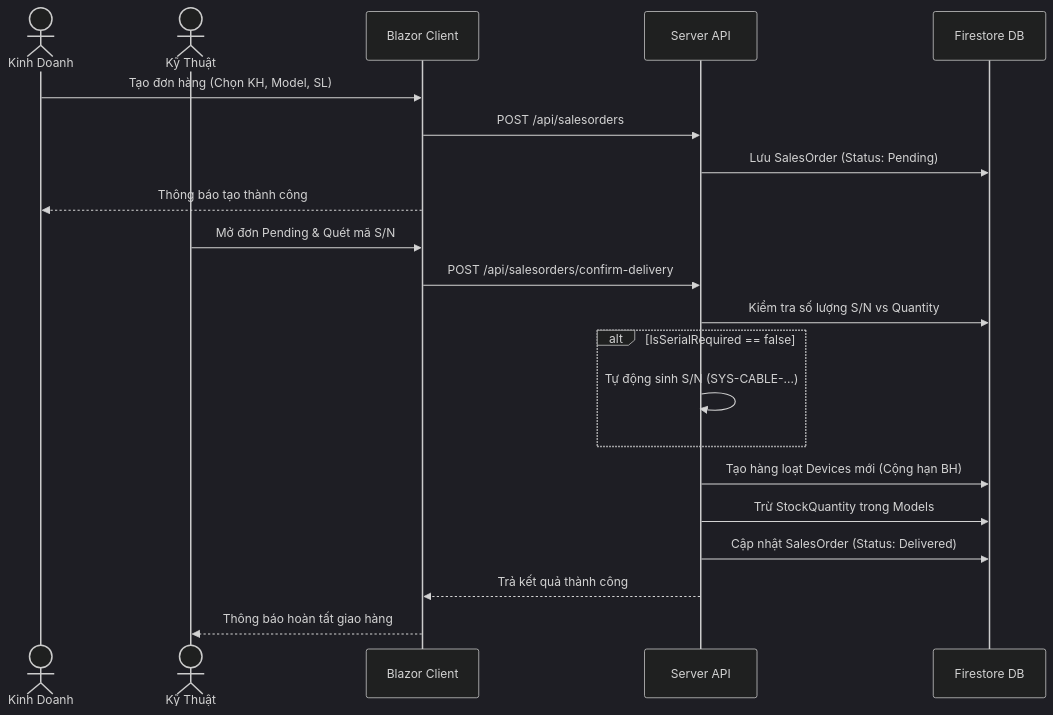
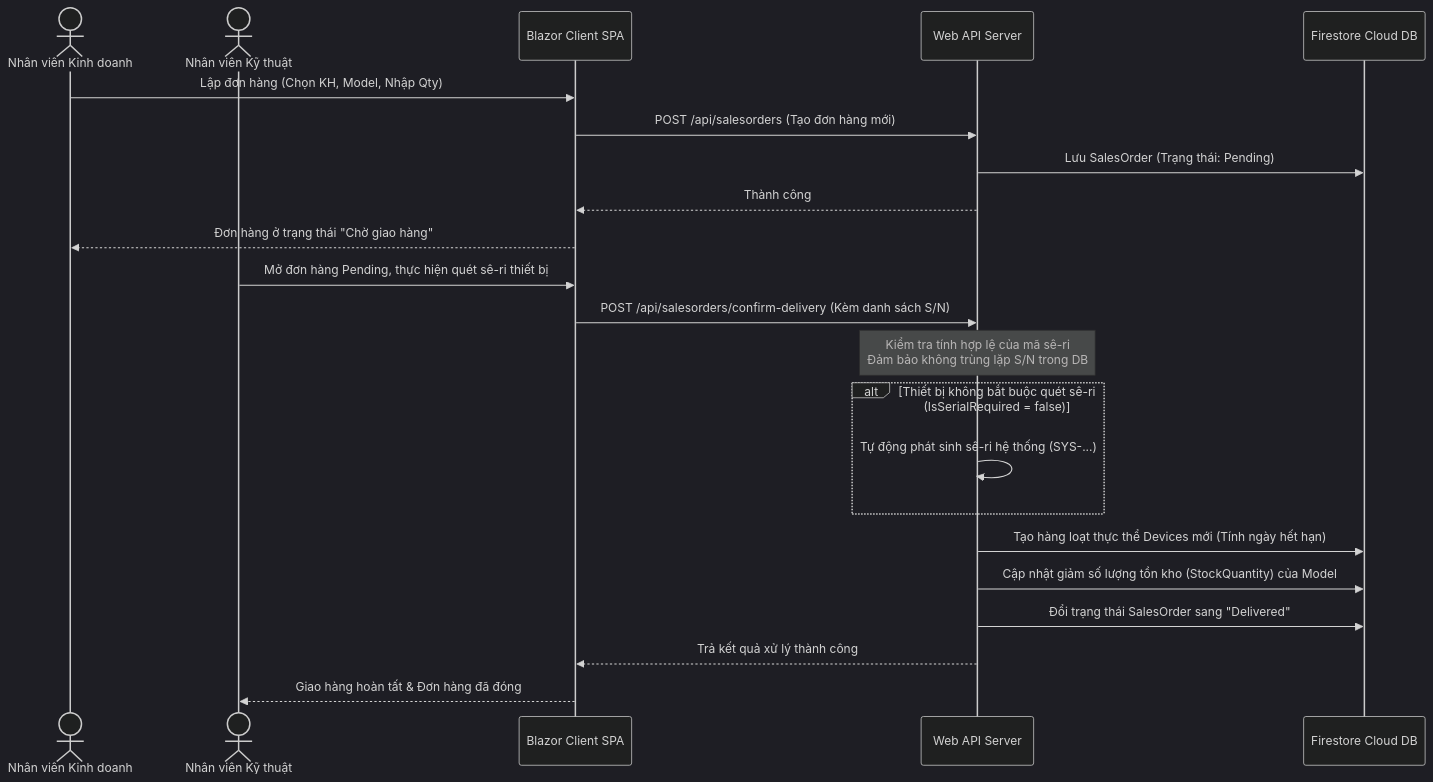
Before and after one commit to NhatTanEDU/SongLinhRMA.System: the second of 2 diagrams in README.md, drawn with Mermaid (dark theme). The commit also changed other lines of this file, not shown here.

````diff
--- a/README.md
+++ b/README.md
@@ -270,25 +179,26 @@
 ```mermaid
 sequenceDiagram
-    actor Sales as Kinh Doanh
-    actor Tech as Kỹ Thuật
-    participant UI as Blazor Client
-    participant API as Server API
-    participant DB as Firestore DB
+    actor Sales as Nhân viên Kinh doanh
+    actor Tech as Nhân viên Kỹ thuật
+    participant UI as Blazor Client SPA
+    participant API as Web API Server
+    participant DB as Firestore Cloud DB
 
-    Sales->>UI: Tạo đơn hàng (Chọn KH, Model, SL)
-    UI->>API: POST /api/salesorders
-    API->>DB: Lưu SalesOrder (Status: Pending)
-    UI-->>Sales: Thông báo tạo thành công
+    Sales->>UI: Lập đơn hàng (Chọn KH, Model, Nhập Qty)
+    UI->>API: POST /api/salesorders (Tạo đơn hàng mới)
+    API->>DB: Lưu SalesOrder (Trạng thái: Pending)
+    API-->>UI: Thành công
+    UI-->>Sales: Đơn hàng ở trạng thái "Chờ giao hàng"
 
-    Tech->>UI: Mở đơn Pending & Quét mã S/N
-    UI->>API: POST /api/salesorders/confirm-delivery
-    API->>DB: Kiểm tra số lượng S/N vs Quantity
-    alt IsSerialRequired == false
-        API->>API: Tự động sinh S/N (SYS-CABLE-...)
+    Tech->>UI: Mở đơn hàng Pending, thực hiện quét sê-ri thiết bị
+    UI->>API: POST /api/salesorders/confirm-delivery (Kèm danh sách S/N)
+    Note over API: Kiểm tra tính hợp lệ của mã sê-ri<br/>Đảm bảo không trùng lặp S/N trong DB
+    alt Thiết bị không bắt buộc quét sê-ri (IsSerialRequired = false)
+        API->>API: Tự động phát sinh sê-ri hệ thống (SYS-...)
     end
-    API->>DB: Tạo hàng loạt Devices mới (Cộng hạn BH)
-    API->>DB: Trừ StockQuantity trong Models
-    API->>DB: Cập nhật SalesOrder (Status: Delivered)
-    API-->>UI: Trả kết quả thành công
-    UI-->>Tech: Thông báo hoàn tất giao hàng
+    API->>DB: Tạo hàng loạt thực thể Devices mới (Tính ngày hết hạn)
+    API->>DB: Cập nhật giảm số lượng tồn kho (StockQuantity) của Model
+    API->>DB: Đổi trạng thái SalesOrder sang "Delivered"
+    API-->>UI: Trả kết quả xử lý thành công
+    UI-->>Tech: Giao hàng hoàn tất & Đơn hàng đã đóng
 ```
````
